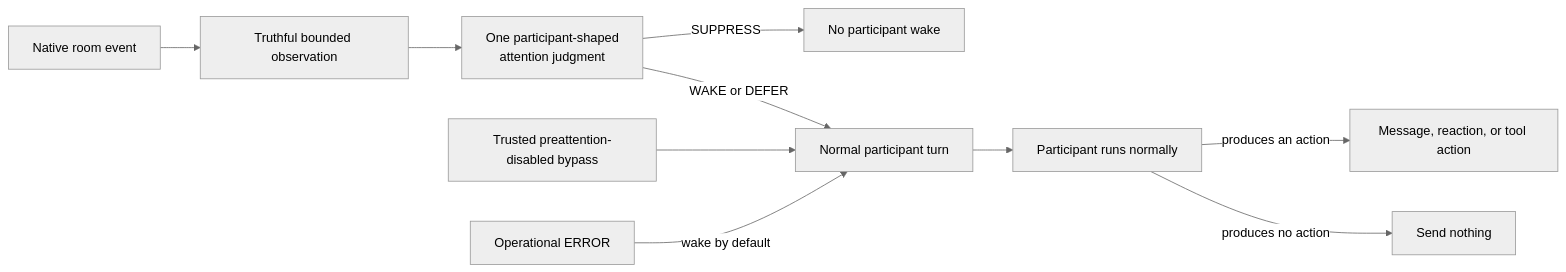
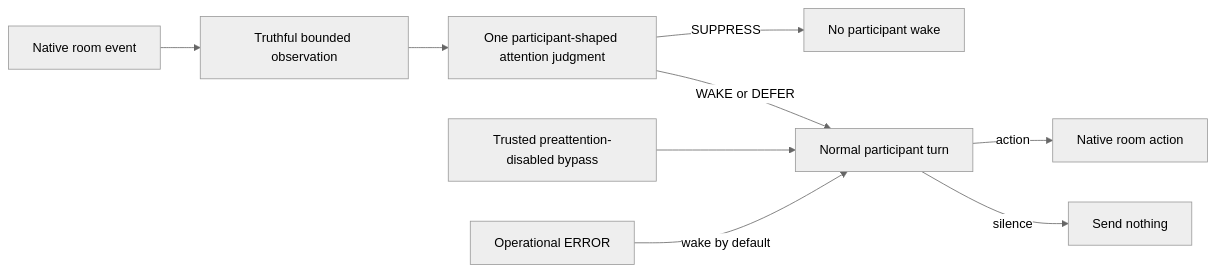
Before and after one commit to mentatzoe/nunchi: the diagram in README.md, drawn with Mermaid (neutral theme). The commit also changed other lines of this file and 110 other files, not shown here.

````diff
--- a/README.md
+++ b/README.md
@@ -31,12 +35,11 @@
 ```mermaid
 flowchart LR
     Event["Native room event"] --> Observe["Truthful bounded observation"]
-    Observe --> Attention["One participant-shaped<br/>attention judgment"]
+    Observe --> Attention["One participant-shaped attention judgment"]
     Attention -->|"SUPPRESS"| Stop["No participant wake"]
     Attention -->|"WAKE or DEFER"| Turn["Normal participant turn"]
     Bypass["Trusted preattention-disabled bypass"] --> Turn
     Error["Operational ERROR"] -->|"wake by default"| Turn
-    Turn --> Participant["Participant runs normally"]
-    Participant -->|"produces an action"| Act["Message, reaction, or tool action"]
-    Participant -->|"produces no action"| Silence["Send nothing"]
+    Turn -->|"action"| Act["Native room action"]
+    Turn -->|"silence"| Silence["Send nothing"]
 ```
````
